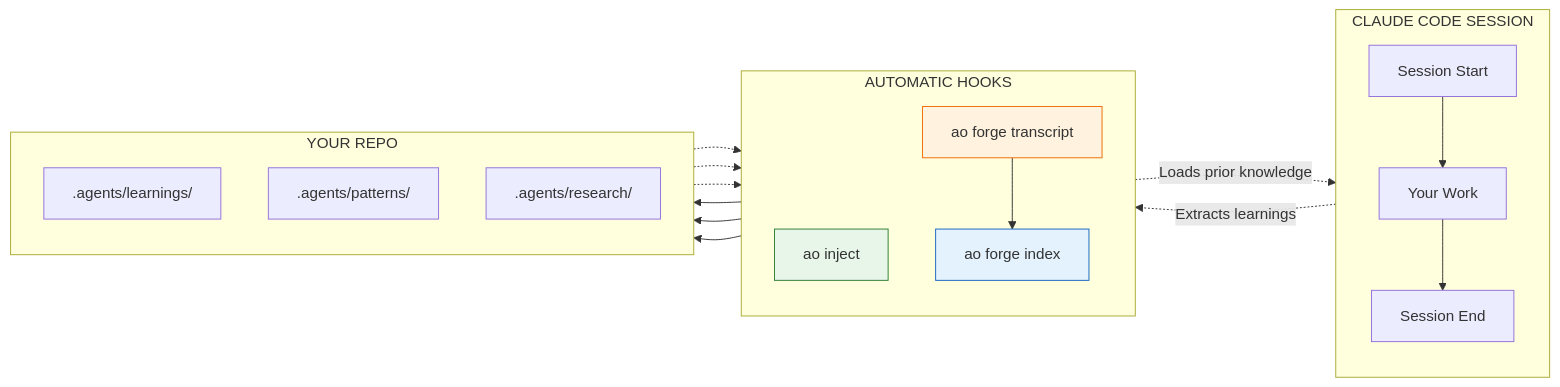
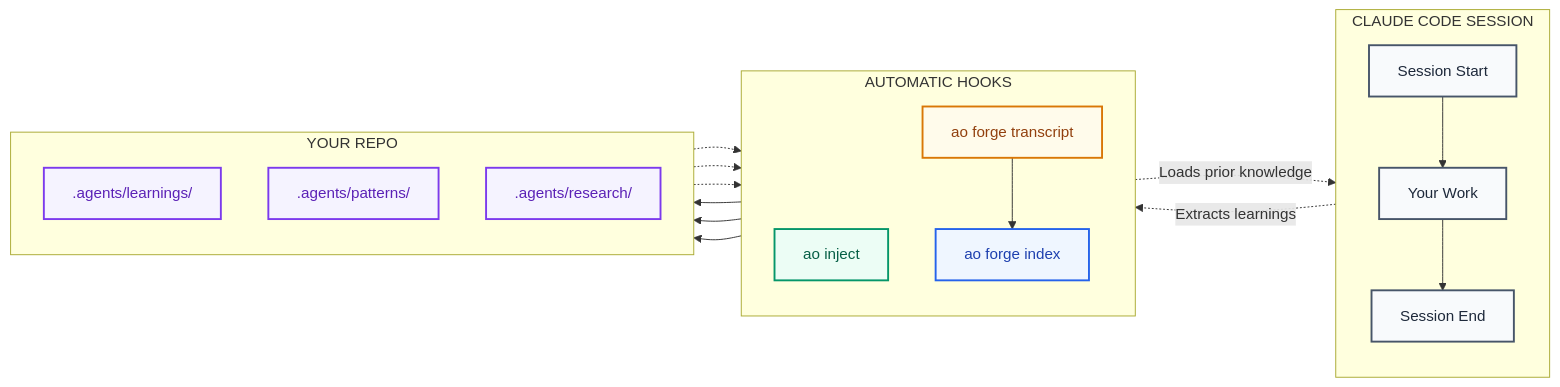
One commit to rev044/agentops changed the second of 3 diagrams in README.md. Above: the diagram before and after it, drawn with Mermaid. The commit also changed other lines of this file, not shown here.

First line of the commit message:
docs(readme): apply professional color palette based on color theory

````diff
--- a/README.md
+++ b/README.md
@@ -125,27 +141,36 @@
 ```mermaid
 flowchart LR
+    %% Consistent palette with main diagram
+    classDef session fill:#f8fafc,stroke:#475569,stroke-width:2px,color:#1e293b
+    classDef inject fill:#ecfdf5,stroke:#059669,stroke-width:2px,color:#065f46
+    classDef extract fill:#fffbeb,stroke:#d97706,stroke-width:2px,color:#92400e
+    classDef index fill:#eff6ff,stroke:#2563eb,stroke-width:2px,color:#1e40af
+    classDef storage fill:#f5f3ff,stroke:#7c3aed,stroke-width:2px,color:#5b21b6
+
     subgraph SESSION["CLAUDE CODE SESSION"]
         direction TB
         START[Session Start] --> WORK[Your Work]
         WORK --> END[Session End]
     end
 
     subgraph HOOKS["AUTOMATIC HOOKS"]
         direction TB
         H1[ao inject] -.->|Loads prior knowledge| START
         END -.->|Extracts learnings| H2[ao forge transcript]
         H2 --> H3[ao forge index]
     end
 
     subgraph STORAGE["YOUR REPO"]
         direction TB
         H3 --> S1[.agents/learnings/]
         H3 --> S2[.agents/patterns/]
         H3 --> S3[.agents/research/]
         S1 & S2 & S3 -.-> H1
     end
 
-    style H1 fill:#e8f5e9,stroke:#2e7d32
-    style H2 fill:#fff3e0,stroke:#ef6c00
-    style H3 fill:#e3f2fd,stroke:#1565c0
+    class START,WORK,END session
+    class H1 inject
+    class H2 extract
+    class H3 index
+    class S1,S2,S3 storage
 ```
````
